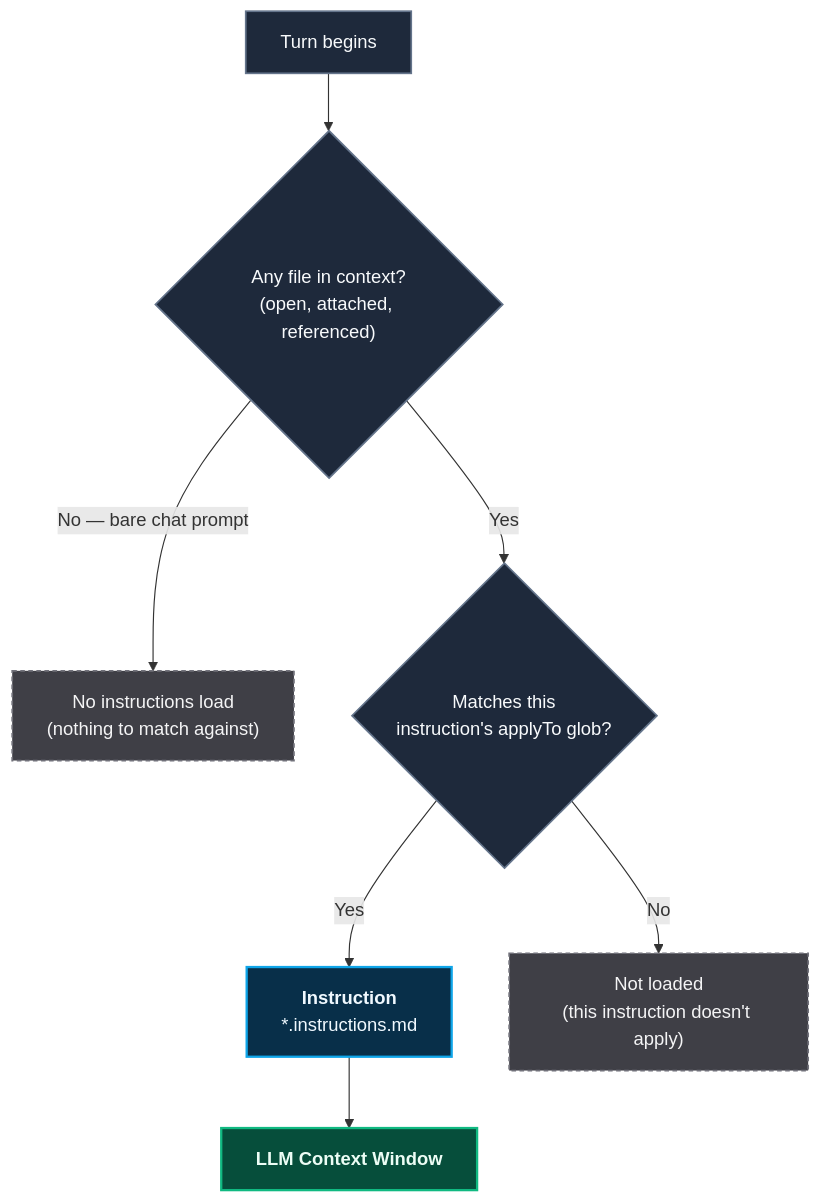
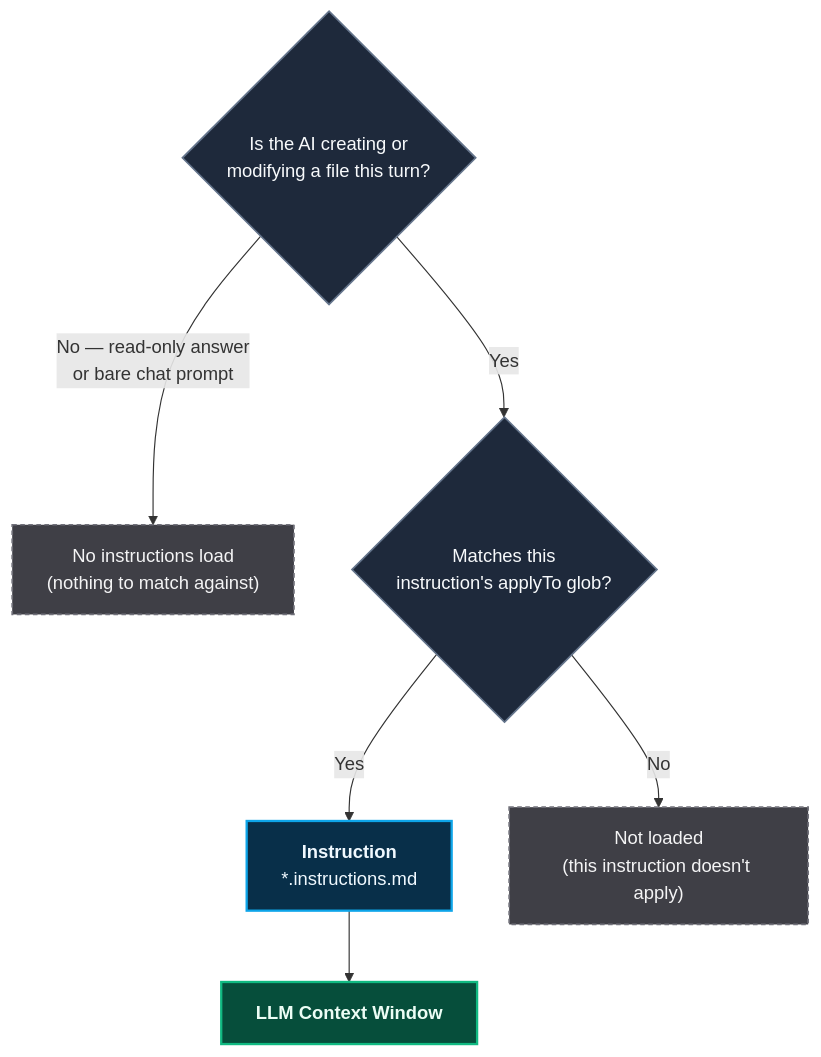
One commit to ALTEN-group/coding-pal changed the first of 4 diagrams in website/docs/guide/persistent-context.md. Above: the diagram before and after it, drawn with Mermaid. The commit also changed other lines of this file, not shown here.

Commit message:
fix: clarify instruction loading conditions and update flowchart for accuracy

````diff
--- a/website/docs/guide/persistent-context.md
+++ b/website/docs/guide/persistent-context.md
@@ -16,22 +16,22 @@
 ```mermaid
 ---
 caption: Instructions are checked on every turn; activation is conditional per instruction
 ---
 flowchart TD
-    START["Turn begins"] --> HASFILE{"Any file in context?<br/>(open, attached, referenced)"}
-    HASFILE -->|"No — bare chat prompt"| NONE["No instructions load<br/>(nothing to match against)"]
+    HASFILE{"Is the AI creating or<br/>modifying a file this turn?"}
+    HASFILE -->|"No — read-only answer<br/>or bare chat prompt"| NONE["No instructions load<br/>(nothing to match against)"]
     HASFILE -->|"Yes"| G{"Matches this<br/>instruction's applyTo glob?"}
     G -->|"Yes"| I["<b>Instruction</b><br/>*.instructions.md"]
     G -->|"No"| X["Not loaded<br/>(this instruction doesn't apply)"]
     I --> CTX["<b>LLM Context Window</b>"]
 
     classDef instruction fill:#082f49,stroke:#0ea5e9,stroke-width:2px,color:#f0f9ff;
     classDef execution fill:#064e3b,stroke:#10b981,stroke-width:2px,color:#ecfdf5;
     classDef event fill:#1e293b,stroke:#64748b,stroke-width:1.5px,color:#f8fafc;
     classDef skip fill:#3f3f46,stroke:#71717a,stroke-width:1.5px,color:#f4f4f5,stroke-dasharray: 4 3;
 
     class I instruction;
     class CTX execution;
-    class START,HASFILE,G event;
+    class HASFILE,G event;
     class X,NONE skip;
 ```
````
